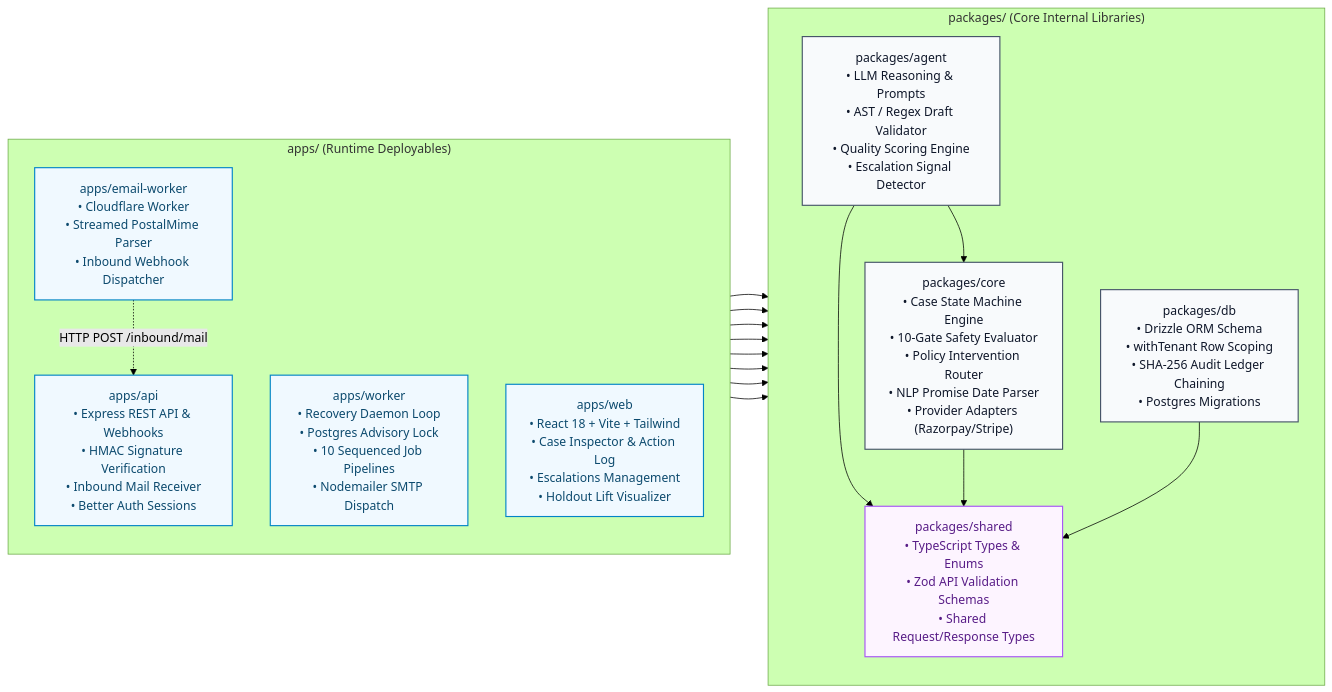
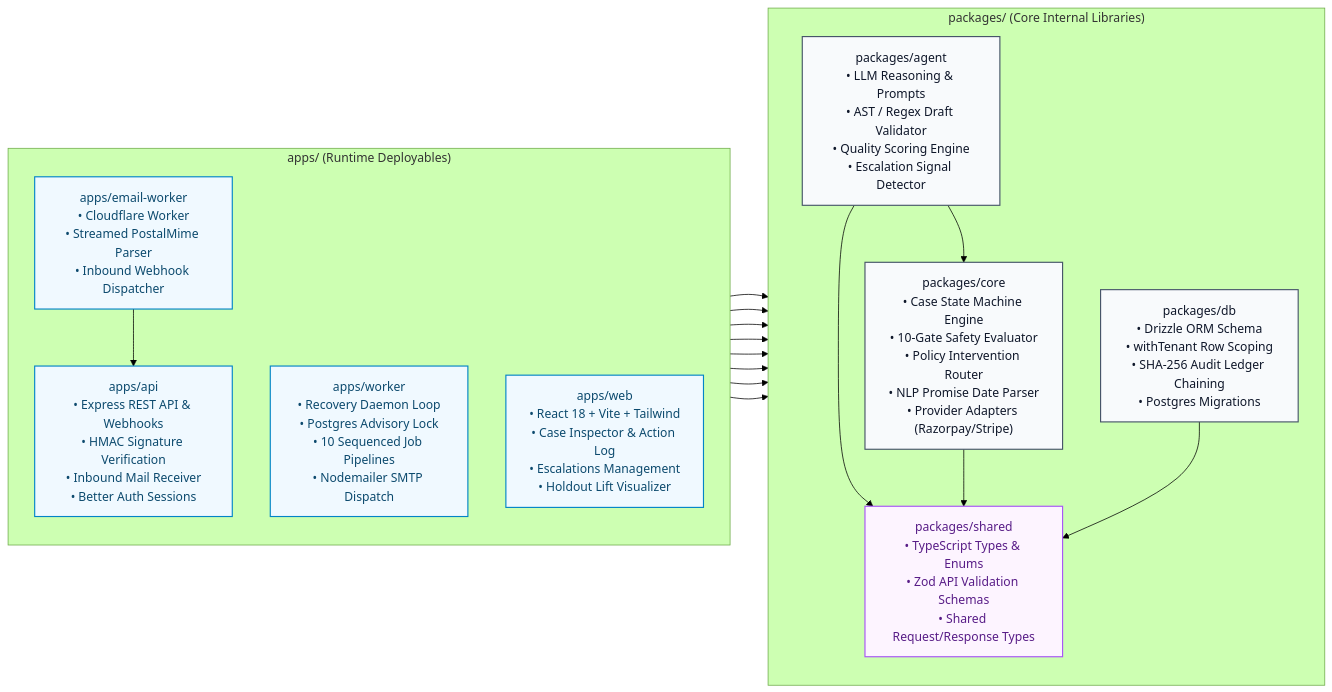
The first of 7 diagrams in HOW_IT_WORKS.md (heysagnik/riko), drawn with Mermaid (forest theme) before and after one commit. The commit also changed other lines of this file and 4 other files, not shown here.

Commit message:
docs: add architecture, state machine, and recovery lifecycle SVGs and update documentation links

````diff
--- a/HOW_IT_WORKS.md
+++ b/HOW_IT_WORKS.md
@@ -113,32 +25,32 @@
 ```mermaid
 flowchart LR
     %% Class Styles
     classDef appNode fill:#f0f9ff,stroke:#0284c7,stroke-width:1.5px,color:#0c4a6e
     classDef pkgNode fill:#f8fafc,stroke:#475569,stroke-width:1.5px,color:#0f172a
     classDef sharedNode fill:#fdf4ff,stroke:#a855f7,stroke-width:1.5px,color:#581c87
 
     subgraph Apps["apps/ (Runtime Deployables)"]
         direction TB
         API["apps/api\n• Express REST API & Webhooks\n• HMAC Signature Verification\n• Inbound Mail Receiver\n• Better Auth Sessions"]:::appNode
         WORKER["apps/worker\n• Recovery Daemon Loop\n• Postgres Advisory Lock\n• 10 Sequenced Job Pipelines\n• Nodemailer SMTP Dispatch"]:::appNode
         WEB["apps/web\n• React 18 + Vite + Tailwind\n• Case Inspector & Action Log\n• Escalations Management\n• Holdout Lift Visualizer"]:::appNode
         EMAIL_W["apps/email-worker\n• Cloudflare Worker\n• Streamed PostalMime Parser\n• Inbound Webhook Dispatcher"]:::appNode
     end
 
     subgraph Packages["packages/ (Core Internal Libraries)"]
         direction TB
         CORE["packages/core\n• Case State Machine Engine\n• 10-Gate Safety Evaluator\n• Policy Intervention Router\n• NLP Promise Date Parser\n• Provider Adapters (Razorpay/Stripe)"]:::pkgNode
         AGENT["packages/agent\n• LLM Reasoning & Prompts\n• AST / Regex Draft Validator\n• Quality Scoring Engine\n• Escalation Signal Detector"]:::pkgNode
         DB["packages/db\n• Drizzle ORM Schema\n• withTenant Row Scoping\n• SHA-256 Audit Ledger Chaining\n• Postgres Migrations"]:::pkgNode
         SHARED["packages/shared\n• TypeScript Types & Enums\n• Zod API Validation Schemas\n• Shared Request/Response Types"]:::sharedNode
     end
 
     %% Dependency Links
     API --> DB & CORE & SHARED
     WORKER --> DB & CORE & AGENT & SHARED
     WEB --> SHARED
     AGENT --> CORE & SHARED
     CORE --> SHARED
     DB --> SHARED
-    EMAIL_W -.->|HTTP POST /inbound/mail| API
+    EMAIL_W --> API
 ```
````
